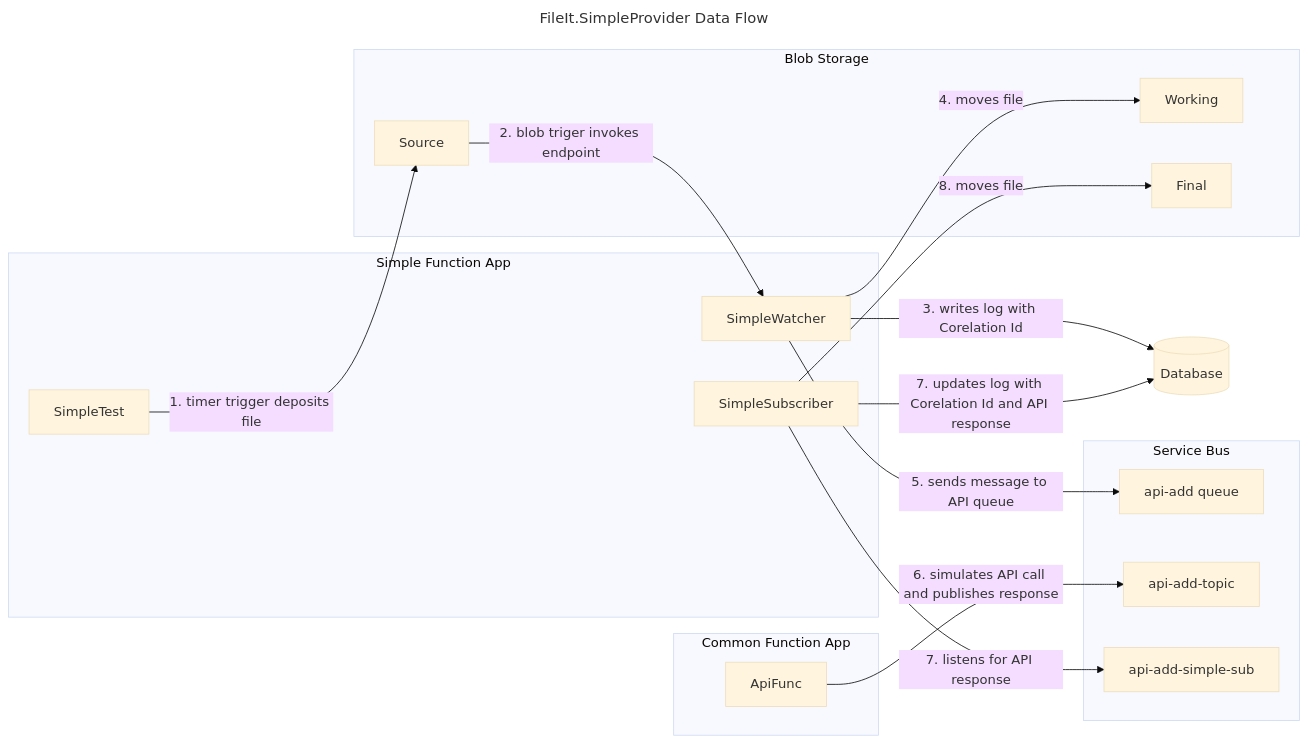
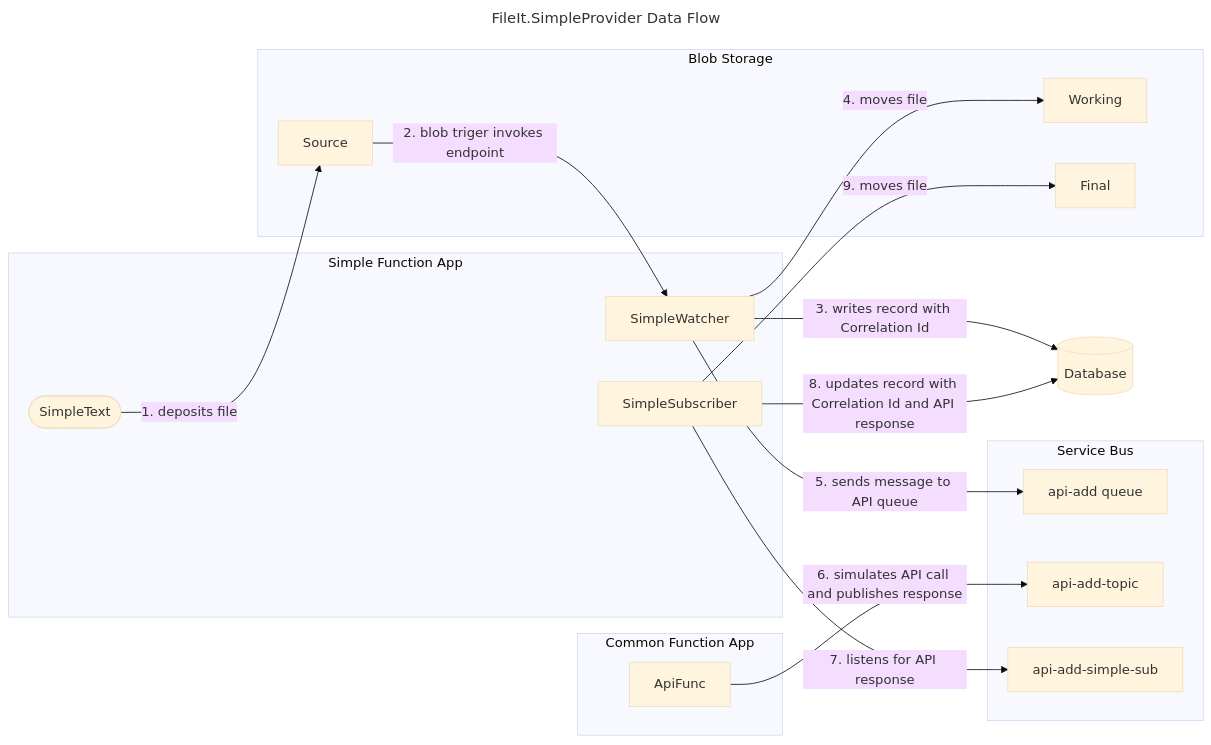
The third of 3 diagrams in README.md (cesarmeraz/cmeraz-fileit), drawn with Mermaid (base theme) before and after one commit. The commit also changed other lines of this file, not shown here.

Commit message:
add local settings and readme changes

````diff
--- a/README.md
+++ b/README.md
@@ -129,35 +129,34 @@
 ```mermaid
 ---
 title: FileIt.SimpleProvider Data Flow
-displayMode: compact
 ---
 flowchart LR
   subgraph Service Bus
     api-add["api-add queue"]
     api-add-topic
     api-add-simple-sub
   end
   subgraph Blob Storage
     Source
     Working
     Final
   end
   subgraph Simple Function App
-    SimpleTest
+    SimpleTest(["SimpleText"])
     SimpleWatcher
     SimpleSubscriber
   end
   subgraph Common Function App
     ApiFunc
   end
   DB[("Database")]
-  SimpleTest -- 1. timer trigger deposits file --> Source 
+  SimpleTest -- 1. deposits file --> Source 
   Source -- 2. blob triger invokes endpoint --> SimpleWatcher
-  SimpleWatcher -- 3. writes log with Corelation Id --> DB
+  SimpleWatcher -- 3. writes record with Correlation Id --> DB
   SimpleWatcher -- 4. moves file --> Working
   SimpleWatcher -- 5. sends message to API queue --> api-add
   ApiFunc -- 6. simulates API call and publishes response --> api-add-topic
   SimpleSubscriber -- 7. listens for API response --> api-add-simple-sub
-  SimpleSubscriber -- 7. updates log with Corelation Id and API response --> DB
-  SimpleSubscriber -- 8. moves file --> Final
+  SimpleSubscriber -- 8. updates record with Correlation Id and API response --> DB
+  SimpleSubscriber -- 9. moves file --> Final
 ```
````
